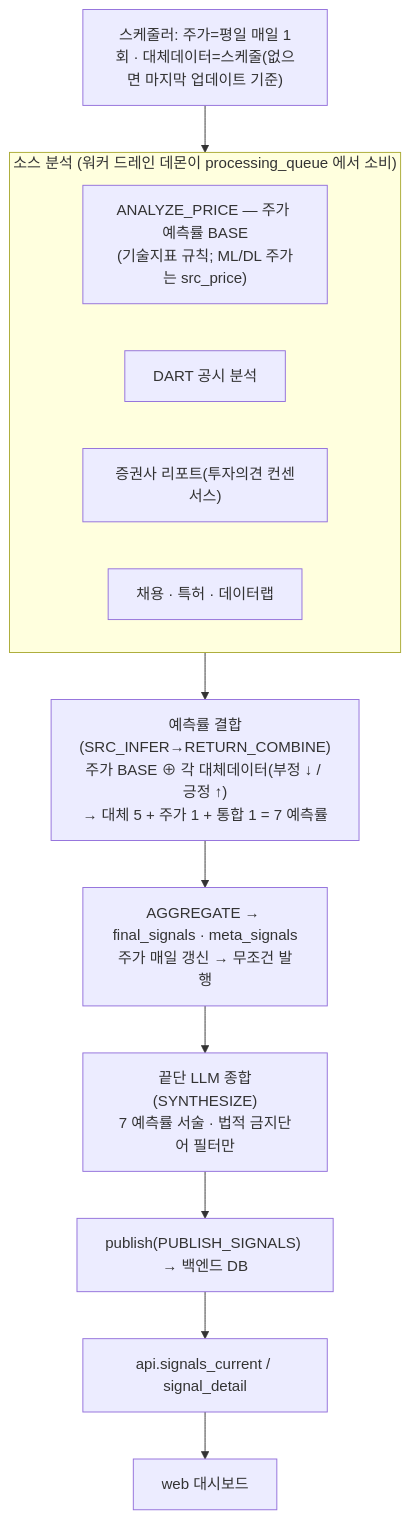
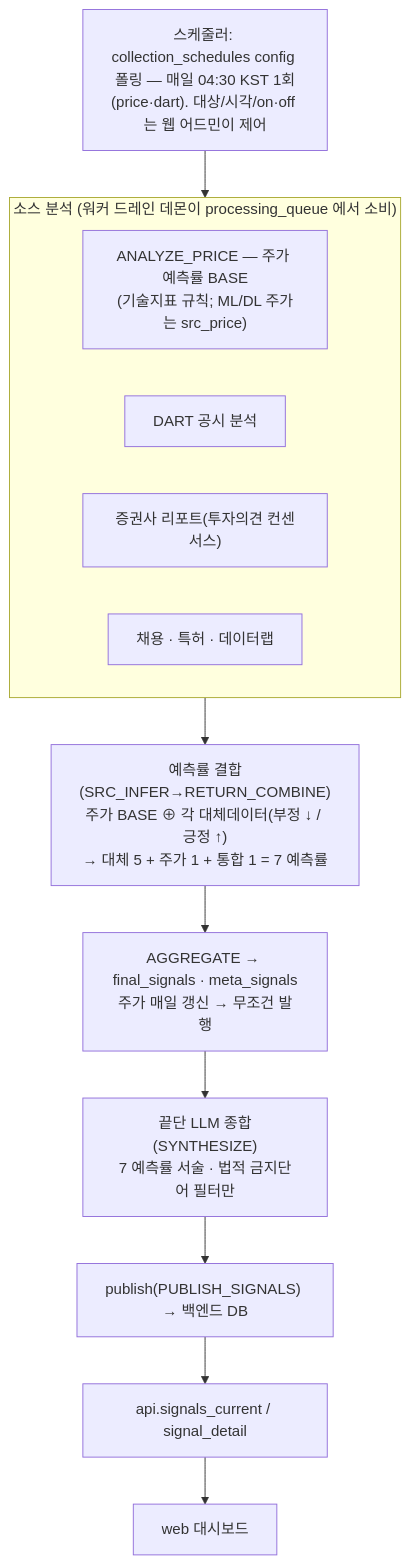
The third of 3 diagrams in docs/architecture-diagram.md (AIX14-3/signal-alpha), drawn with Mermaid before and after one commit. The commit also changed other lines of this file and 11 other files, not shown here.

First line of the commit message:
feat(scheduler): config 기반 04:30 수집 스케줄러 + 웹 어드민 제어

````diff
--- a/docs/architecture-diagram.md
+++ b/docs/architecture-diagram.md
@@ -151,18 +163,18 @@
 ```mermaid
 flowchart TB
-    sch2["스케줄러: 주가=평일 매일 1회 · 대체데이터=스케줄(없으면 마지막 업데이트 기준)"]
+    sch2["스케줄러: collection_schedules config 폴링 — 매일 04:30 KST 1회(price·dart). 대상/시각/on·off 는 웹 어드민이 제어"]
     subgraph fan["소스 분석 (워커 드레인 데몬이 processing_queue 에서 소비)"]
         price["ANALYZE_PRICE — 주가 예측률 BASE<br/>(기술지표 규칙; ML/DL 주가는 src_price)"]
         dart["DART 공시 분석"]
         report["증권사 리포트(투자의견 컨센서스)"]
         alt["채용 · 특허 · 데이터랩"]
     end
     comb["예측률 결합(SRC_INFER→RETURN_COMBINE)<br/>주가 BASE ⊕ 각 대체데이터(부정 ↓ / 긍정 ↑)<br/>→ 대체 5 + 주가 1 + 통합 1 = 7 예측률"]
     agg["AGGREGATE → final_signals · meta_signals<br/>주가 매일 갱신 → 무조건 발행"]
     synth["끝단 LLM 종합(SYNTHESIZE)<br/>7 예측률 서술 · 법적 금지단어 필터만"]
     pub["publish(PUBLISH_SIGNALS) → 백엔드 DB"]
     api2["api.signals_current / signal_detail"]
     web2["web 대시보드"]
 
     sch2 --> fan --> comb --> agg --> synth --> pub --> api2 --> web2
 ```
````
